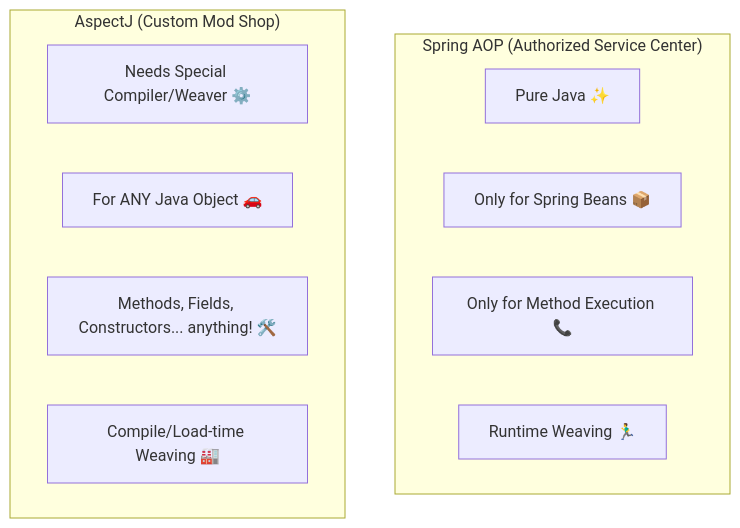
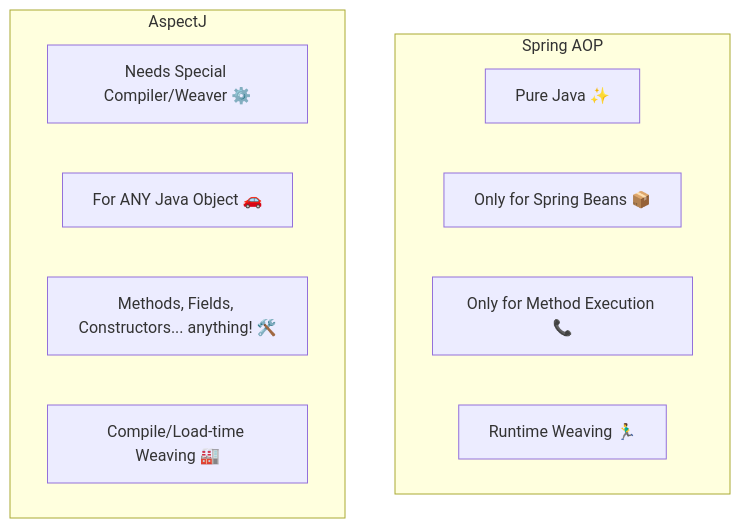
Before and after one commit to pdheeraj99/Spring-Guide: the diagram in Spring-Concepts/02-Core-Technologies/05-Aspect-Oriented-Programming/03-Spring-AOP-Capabilities.md, drawn with Mermaid. The commit also changed other lines of this file and 7 other files, not shown here.

````diff
--- a/Spring-Concepts/02-Core-Technologies/05-Aspect-Oriented-Programming/03-Spring-AOP-Capabilities.md
+++ b/Spring-Concepts/02-Core-Technologies/05-Aspect-Oriented-Programming/03-Spring-AOP-Capabilities.md
@@ -25,18 +22,18 @@
 ```mermaid
 graph TD
-    subgraph "Spring AOP (Authorized Service Center)"
+    subgraph "Spring AOP"
         direction LR
         A[Pure Java ✨]
         B[Only for Spring Beans 📦]
         C[Only for Method Execution 📞]
         D[Runtime Weaving 🏃‍♂️]
     end
 
-    subgraph "AspectJ (Custom Mod Shop)"
+    subgraph "AspectJ"
         direction LR
         W[Needs Special Compiler/Weaver ⚙️]
         X[For ANY Java Object 🚗]
         Y[Methods, Fields, Constructors... anything! 🛠️]
         Z[Compile/Load-time Weaving 🏭]
     end
 ```
````
